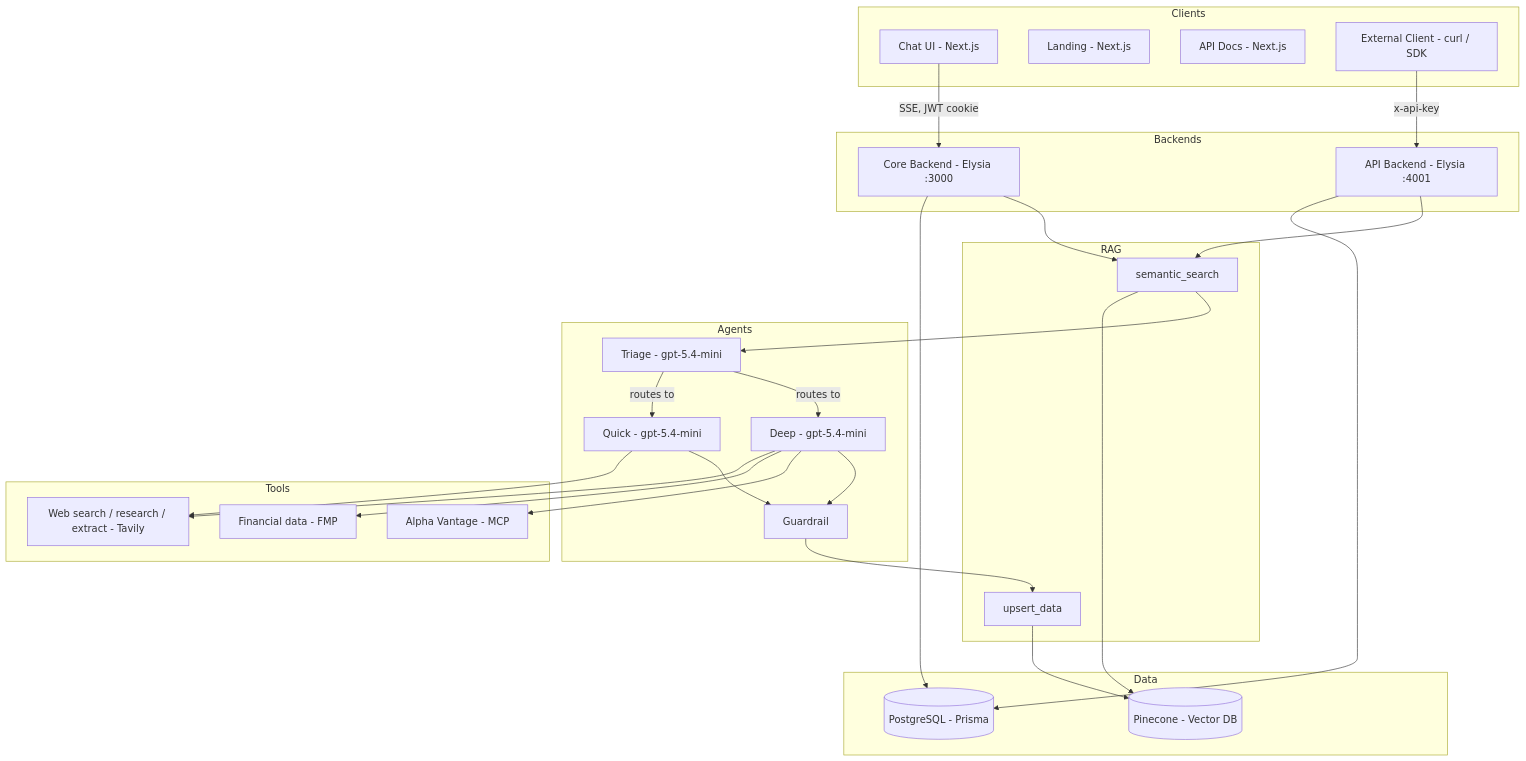
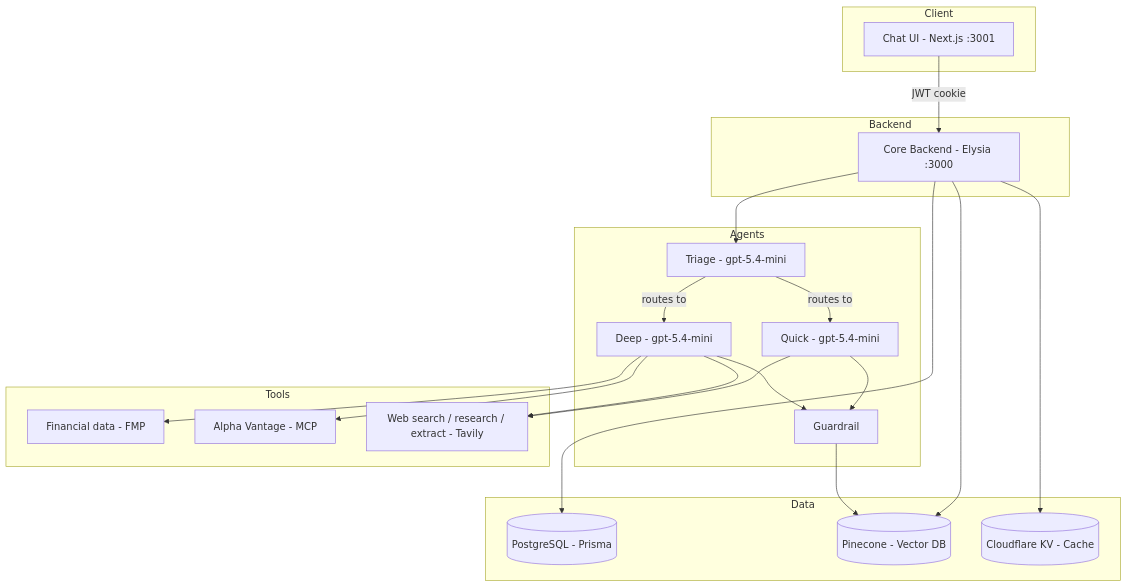
The diagram in README.md (aizen2006/MarketSage), drawn with Mermaid before and after one commit. The commit also changed other lines of this file and 4 other files, not shown here.

````diff
--- a/README.md
+++ b/README.md
@@ -86,59 +97,46 @@
 ```mermaid
 graph TD
-    subgraph Clients
-        Chat[Chat UI - Next.js]
-        Landing[Landing - Next.js]
-        Docs[API Docs - Next.js]
-        ExtAPI[External Client - curl / SDK]
+    subgraph Client
+        Chat[Chat UI - Next.js :3001]
     end
 
-    subgraph Backends
+    subgraph Backend
         Core[Core Backend - Elysia :3000]
-        API[API Backend - Elysia :4001]
-    end
-
-    subgraph RAG
-        Search[semantic_search]
-        Store[upsert_data]
     end
 
     subgraph Agents
         Triage[Triage - gpt-5.4-mini]
         Quick[Quick - gpt-5.4-mini]
         Deep[Deep - gpt-5.4-mini]
         Guard[Guardrail]
     end
 
     subgraph Tools
         FMP[Financial data - FMP]
         AV[Alpha Vantage - MCP]
         Web[Web search / research / extract - Tavily]
     end
 
     subgraph Data
         PG[(PostgreSQL - Prisma)]
         PC[(Pinecone - Vector DB)]
+        KV[(Cloudflare KV - Cache)]
     end
 
-    Chat -->|SSE, JWT cookie| Core
-    ExtAPI -->|x-api-key| API
+    Chat -->|JWT cookie| Core
     Core --> PG
-    API --> PG
-
-    Core --> Search
-    API --> Search
-    Search --> PC
-    Search --> Triage
+    Core --> KV
+    Core --> PC
+    Core --> Triage
     Triage -->|routes to| Quick
     Triage -->|routes to| Deep
 
     Quick --> Web
     Deep --> Web
     Deep --> FMP
     Deep --> AV
 
     Quick --> Guard
     Deep --> Guard
-    Guard --> Store
-    Store --> PC
+    Guard --> PC
 ```
````
